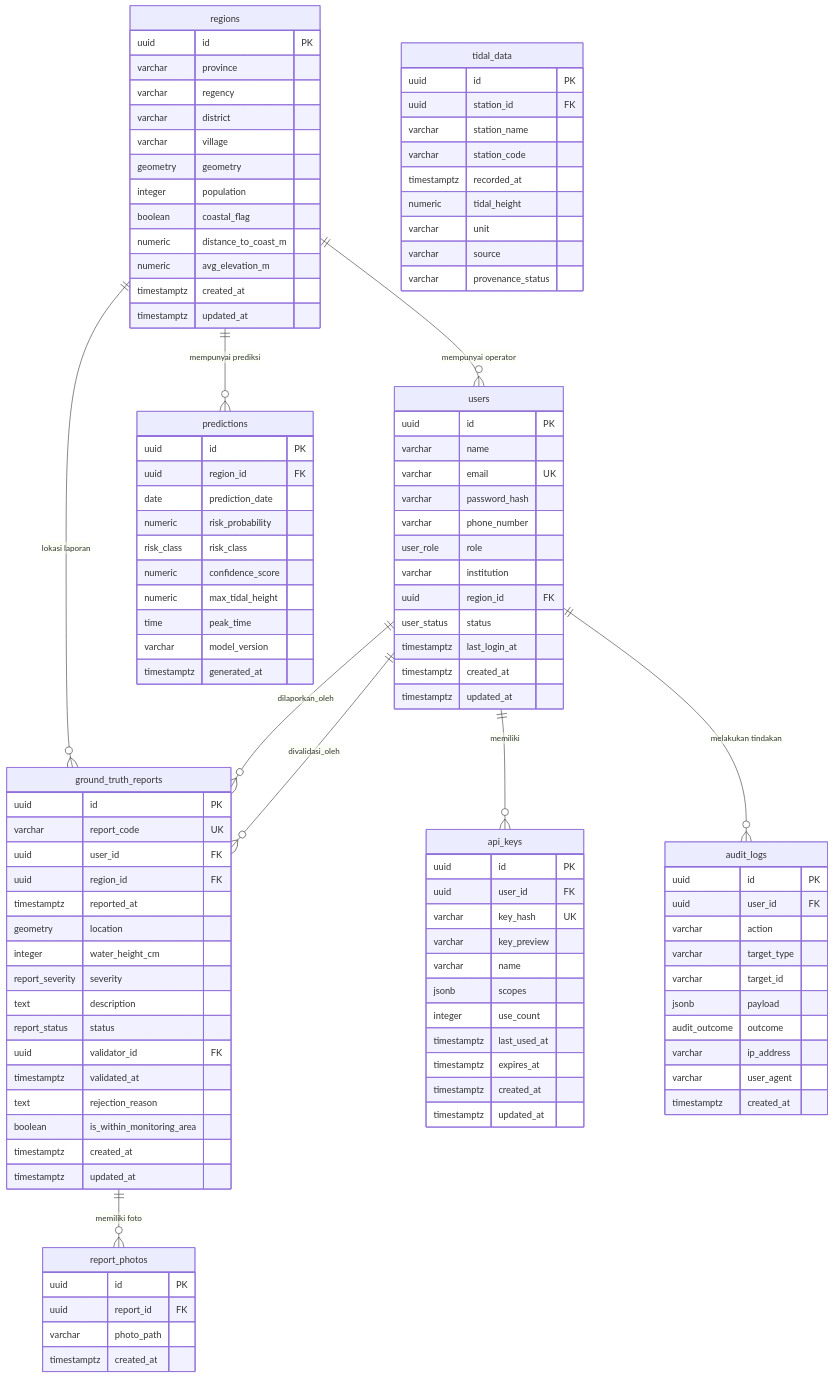
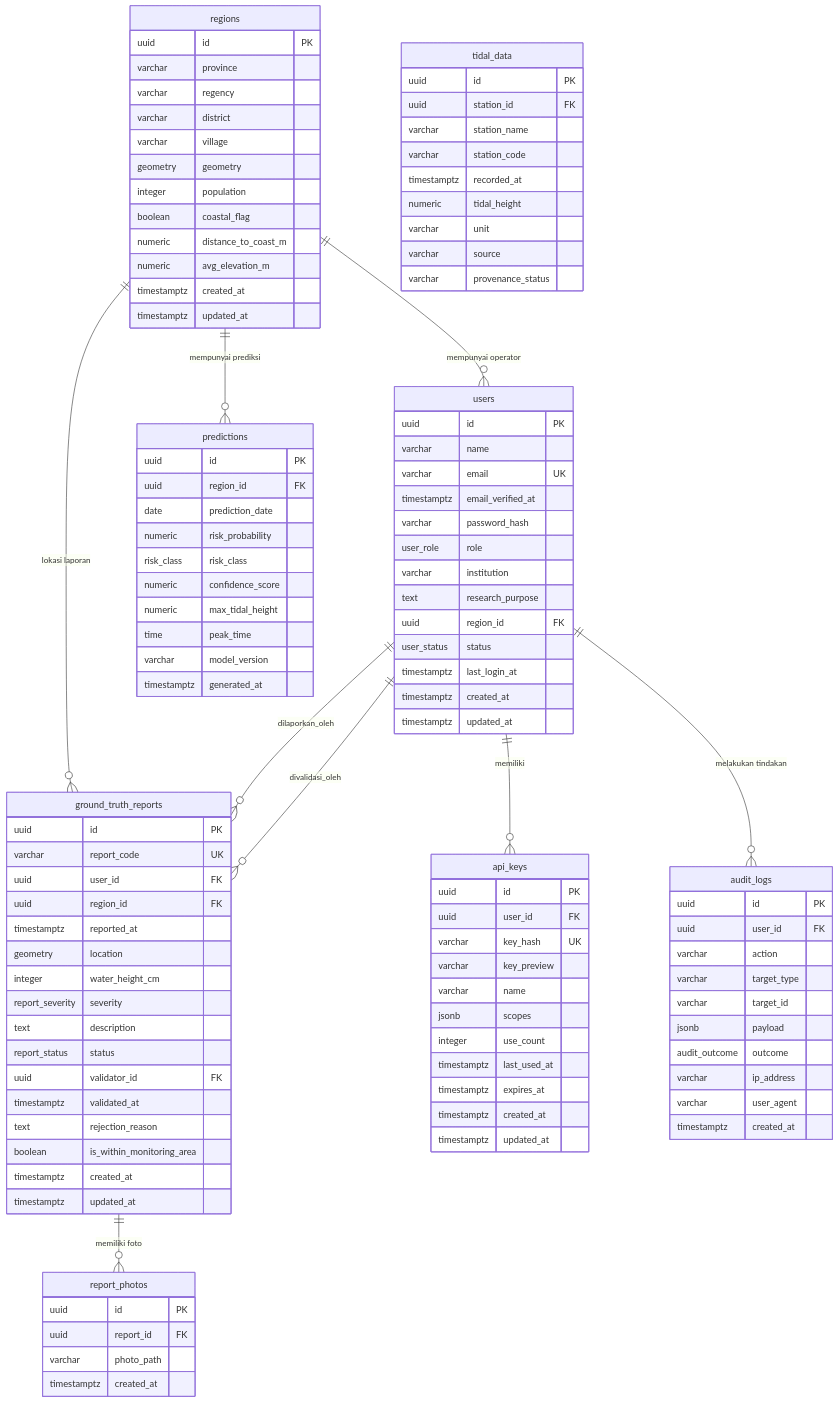
One commit to udinvoldigoad/Siperah-ROB changed the diagram in docs/academic/erd.md. Above: the diagram before and after it, drawn with Mermaid. The commit also changed 10 other files, not shown here.

```diff
--- a/docs/academic/erd.md
+++ b/docs/academic/erd.md
@@ -12,10 +12,11 @@
         uuid id PK
         varchar name
         varchar email UK
+        timestamptz email_verified_at
         varchar password_hash
-        varchar phone_number
         user_role role
         varchar institution
+        text research_purpose
         uuid region_id FK
         user_status status
         timestamptz last_login_at
```
